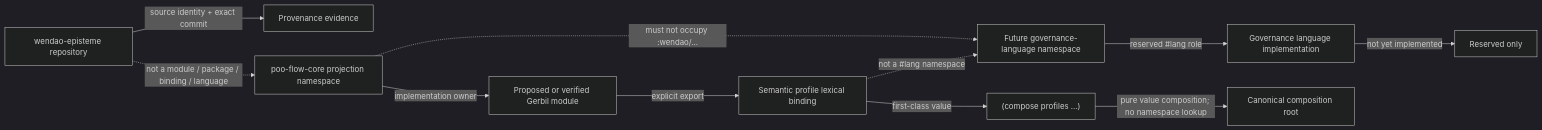
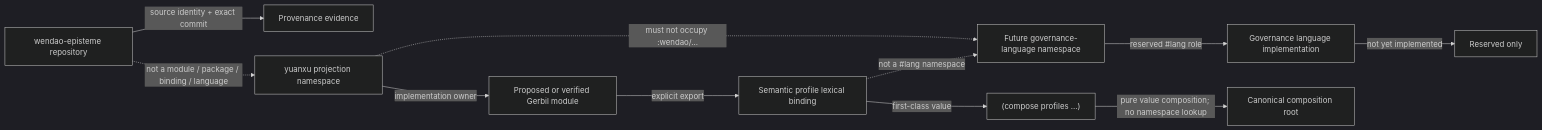
The first of 2 diagrams in module-system/design/45-80-repository-module-profile-and-governance-language-namespaces.org (tao3k/gebril-yuanxu), drawn with Mermaid (dark theme) before and after one commit. The commit also changed other lines of this file and 114 other files, not shown here.

```diff
--- a/module-system/design/45-80-repository-module-profile-and-governance-language-namespaces.org
+++ b/module-system/design/45-80-repository-module-profile-and-governance-language-namespaces.org
@@ -82,13 +82,13 @@
 #+begin_src mermaid
 flowchart LR
   A["wendao-episteme repository"] -->|"source identity + exact commit"| B["Provenance evidence"]
-  C["poo-flow-core projection namespace"] -->|"implementation owner"| D["Proposed or verified Gerbil module"]
+  C["yuanxu projection namespace"] -->|"implementation owner"| D["Proposed or verified Gerbil module"]
   D -->|"explicit export"| E["Semantic profile lexical binding"]
   E -->|"first-class value"| F["(compose profiles ...)"]
   G["Future governance-language namespace"] -->|"reserved #lang role"| H["Governance language implementation"]
   A -.->|"not a module / package / binding / language"| C
   C -.->|"must not occupy :wendao/... "| G
   E -.->|"not a #lang namespace"| G
   F -->|"pure value composition; no namespace lookup"| I["Canonical composition root"]
   H -->|"not yet implemented"| J["Reserved only"]
 #+end_src
```
